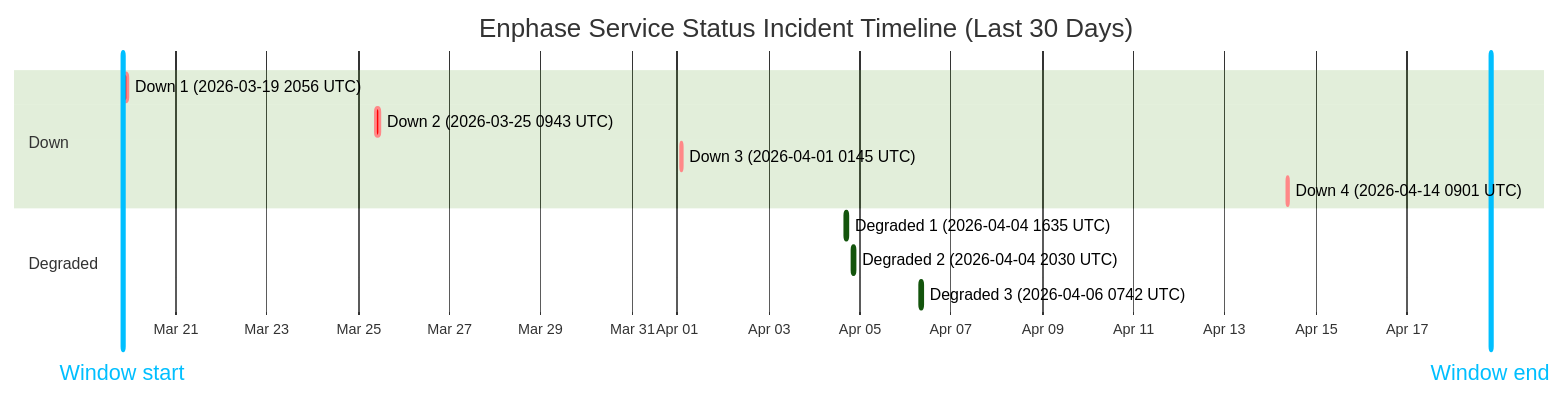
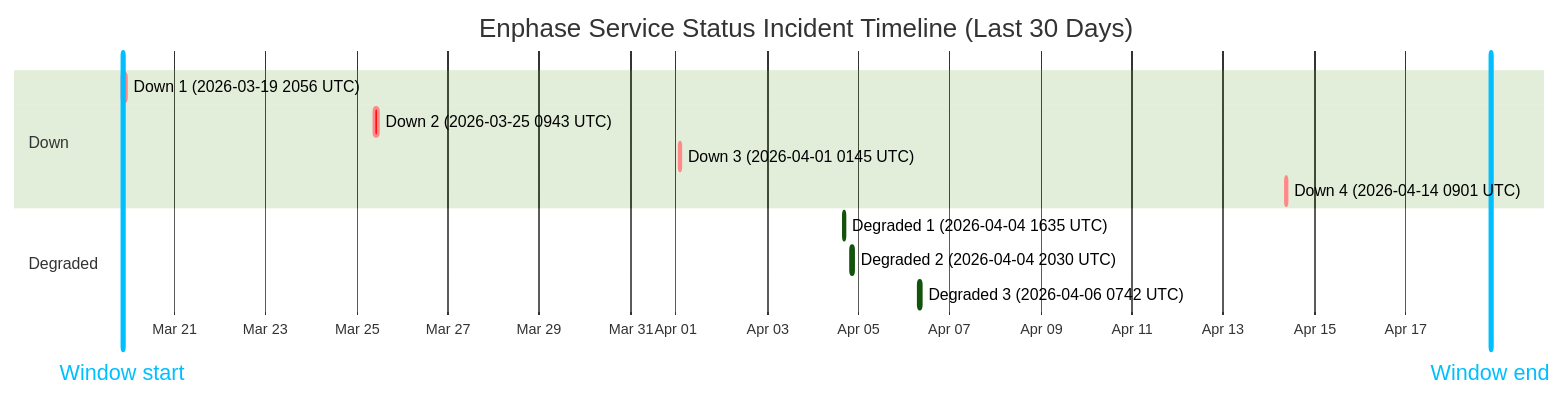
The diagram in wiki/Service-Status-History.md (barneyonline/ha-enphase-ev-charger), drawn with Mermaid (forest theme) before and after one commit. The commit also changed other lines of this file and 3 other files, not shown here.

````diff
--- a/wiki/Service-Status-History.md
+++ b/wiki/Service-Status-History.md
@@ -14,17 +14,17 @@
 ```mermaid
 gantt
     title Enphase Service Status Incident Timeline (Last 30 Days)
     dateFormat  YYYY-MM-DDTHH:mm:ss
     axisFormat  %b %d
-    Window start :vert, window-start, 2026-03-19T19:58:39, 0ms
-    Window end :vert, window-end, 2026-04-18T19:58:39, 0ms
+    Window start :vert, window-start, 2026-03-19T20:48:28, 0ms
+    Window end :vert, window-end, 2026-04-18T20:48:28, 0ms
     section Down
     Down 1 (2026-03-19 2056 UTC) :crit, down-1, 2026-03-19T20:56:20, 145m
     Down 2 (2026-03-25 0943 UTC) :crit, down-2, 2026-03-25T09:43:28, 111m
     Down 3 (2026-04-01 0145 UTC) :crit, down-3, 2026-04-01T01:45:09, 60m
     Down 4 (2026-04-14 0901 UTC) :crit, down-4, 2026-04-14T09:01:13, 60m
     section Degraded
     Degraded 1 (2026-04-04 1635 UTC) :active, degraded-1, 2026-04-04T16:35:17, 60m
     Degraded 2 (2026-04-04 2030 UTC) :active, degraded-2, 2026-04-04T20:30:40, 60m
     Degraded 3 (2026-04-06 0742 UTC) :active, degraded-3, 2026-04-06T07:42:09, 85m
 ```
````
